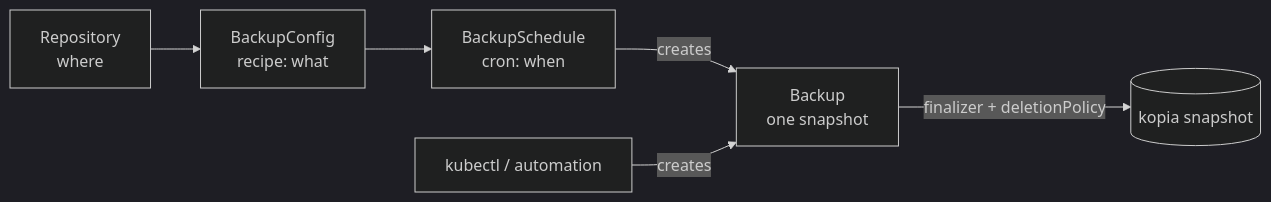
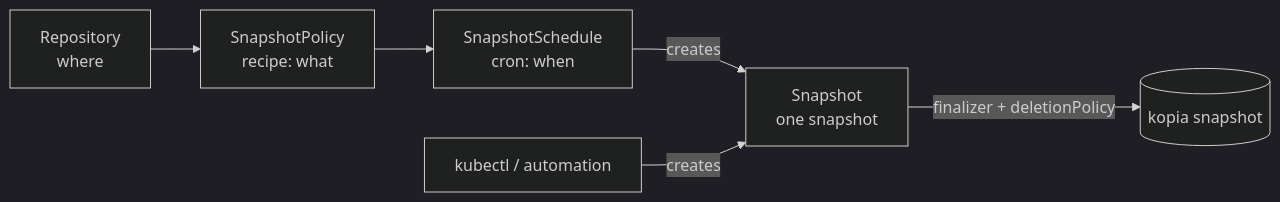
One commit to perfectra1n/kopiur changed the diagram in docs/backups.md. Above: the diagram before and after it, drawn with Mermaid (dark theme). The commit also changed other lines of this file and 178 other files, not shown here.

````diff
--- a/docs/backups.md
+++ b/docs/backups.md
@@ -320,8 +400,8 @@
 ```mermaid
 flowchart LR
-  R[Repository<br/>where] --> BC[BackupConfig<br/>recipe: what]
-  BC --> BS[BackupSchedule<br/>cron: when]
-  BS -->|creates| B[Backup<br/>one snapshot]
+  R[Repository<br/>where] --> BC[SnapshotPolicy<br/>recipe: what]
+  BC --> BS[SnapshotSchedule<br/>cron: when]
+  BS -->|creates| B[Snapshot<br/>one snapshot]
   kubectl[kubectl / automation] -->|creates| B
   B -->|finalizer + deletionPolicy| snap[(kopia snapshot)]
 ```
````
